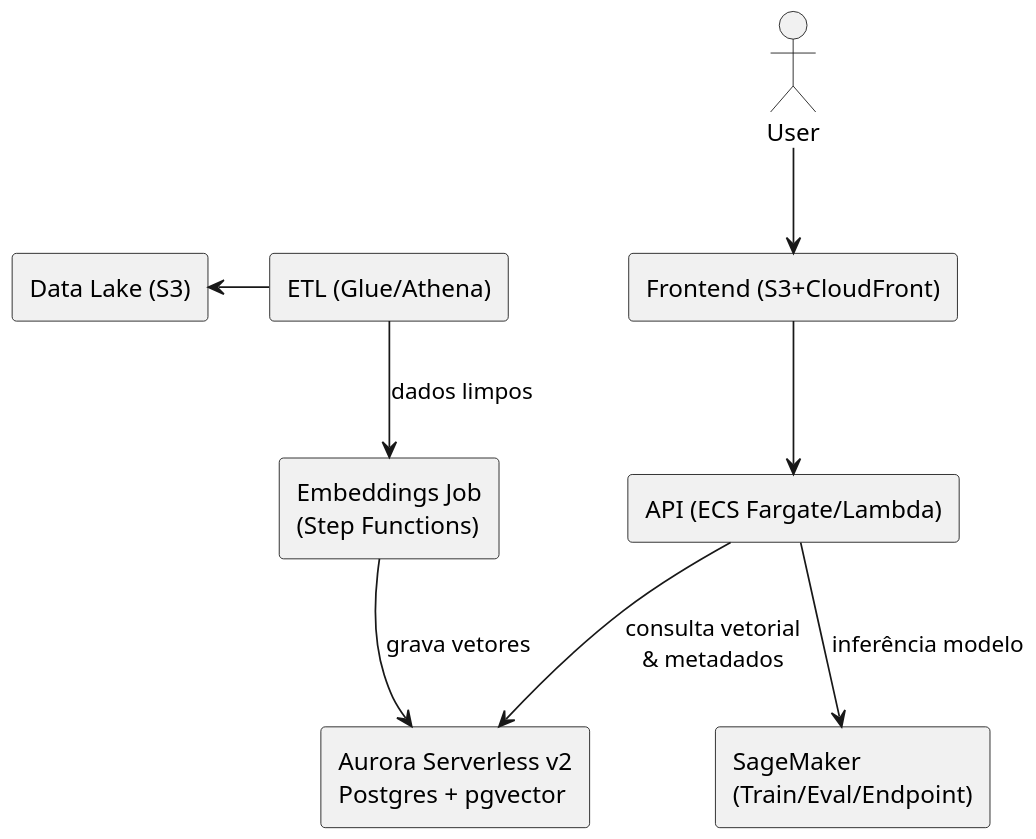
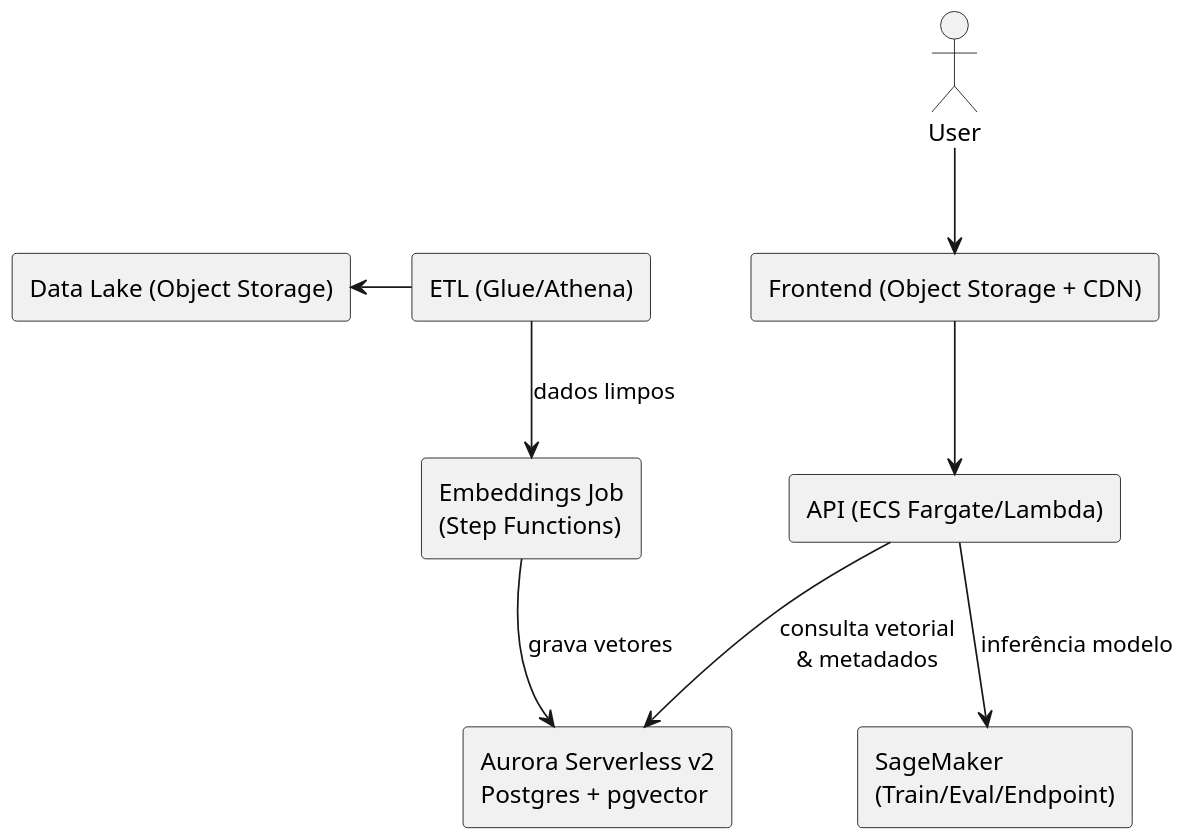
One commit to arquitetoitamar/aula-ec2-api changed the diagram in docs/platforms-services/leve_2.puml. Above: the diagram before and after it, drawn with PlantUML. The commit also changed 42 other files, not shown here.

```diff
--- a/docs/platforms-services/leve_2.puml
+++ b/docs/platforms-services/leve_2.puml
@@ -1,19 +1,19 @@
 @startuml
 skinparam dpi 150
 actor User
-rectangle "Frontend (S3+CloudFront)" as FE
+rectangle "Frontend (Object Storage + CDN)" as FE
 rectangle "API (ECS Fargate/Lambda)" as API
 rectangle "Aurora Serverless v2\nPostgres + pgvector" as DB
-rectangle "Data Lake (S3)" as DL
+rectangle "Data Lake (Object Storage)" as DL
 rectangle "ETL (Glue/Athena)" as ETL
 rectangle "Embeddings Job\n(Step Functions)" as EMB
 rectangle "SageMaker\n(Train/Eval/Endpoint)" as SM
 
 User --> FE
 FE --> API
 API --> DB : consulta vetorial\n& metadados
 API --> SM : inferência modelo
 DL <- ETL
 ETL --> EMB : dados limpos
 EMB --> DB : grava vetores
 @enduml
```
